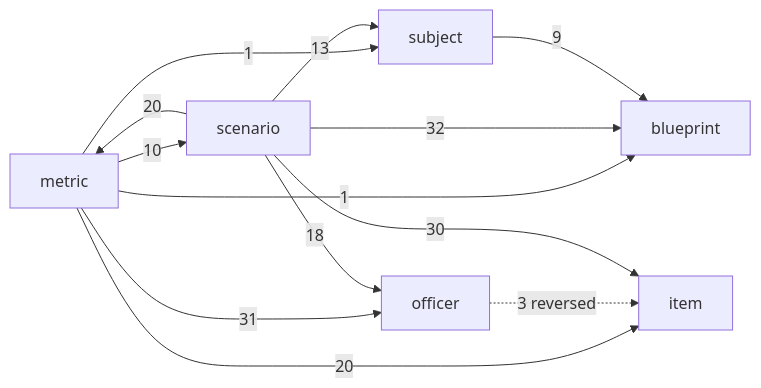
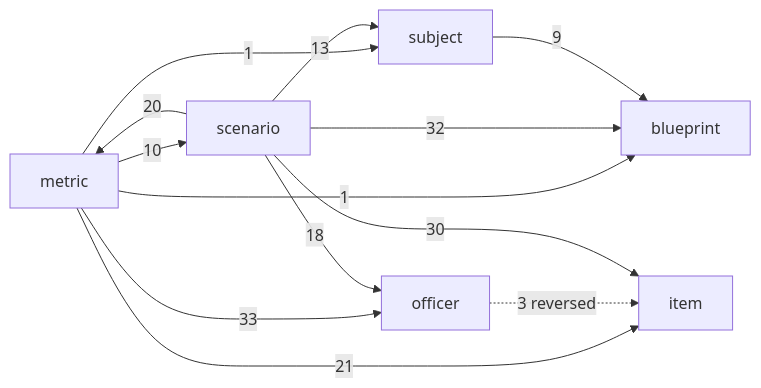
One commit to geraldmaron/tactically-idle changed the diagram in docs/architecture.md. Above: the diagram before and after it, drawn with Mermaid. The commit also changed other lines of this file and 24 other files, not shown here.

````diff
--- a/docs/architecture.md
+++ b/docs/architecture.md
@@ -40,15 +40,15 @@
 ```mermaid
 flowchart LR
   metric -->|1| blueprint
-  metric -->|20| item
-  metric -->|31| officer
+  metric -->|21| item
+  metric -->|33| officer
   metric -->|10| scenario
   metric -->|1| subject
   officer -.->|3 reversed| item
   scenario -->|32| blueprint
   scenario -->|30| item
   scenario -->|20| metric
   scenario -->|18| officer
   scenario -->|13| subject
   subject -->|9| blueprint
 ```
````
